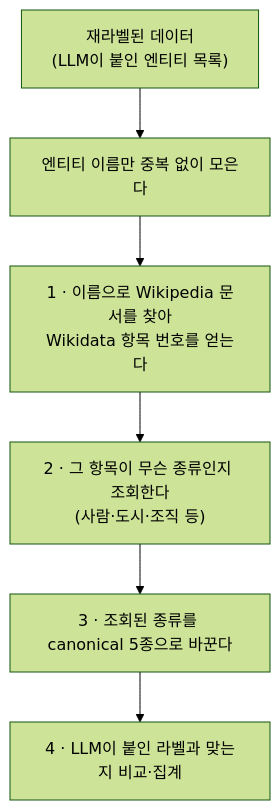
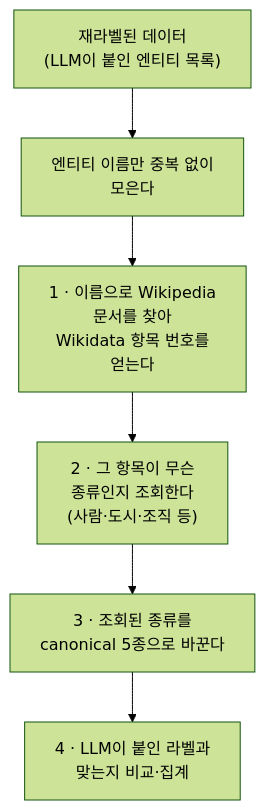
The second of 4 diagrams in docs/manual/pipeline/3-verification.md (groovallstar/ner-pipeline-public), drawn with Mermaid (forest theme) before and after one commit. The commit also changed other lines of this file and 7 other files, not shown here.

First line of the commit message:
docs: mermaid CJK 세로 잘림 해소 — 긴 라벨 줄바꿈

````diff
--- a/docs/manual/pipeline/3-verification.md
+++ b/docs/manual/pipeline/3-verification.md
@@ -62,8 +62,8 @@
 ```mermaid
 flowchart TD
-    A["재라벨된 데이터<br/>(LLM이 붙인 엔티티 목록)"] --> B["엔티티 이름만 중복 없이 모은다"]
-    B --> C["1 · 이름으로 Wikipedia 문서를 찾아<br/>Wikidata 항목 번호를 얻는다"]
-    C --> D["2 · 그 항목이 무슨 종류인지 조회한다<br/>(사람·도시·조직 등)"]
-    D --> E["3 · 조회된 종류를 canonical 5종으로 바꾼다"]
-    E --> F["4 · LLM이 붙인 라벨과 맞는지 비교·집계"]
+    A["재라벨된 데이터<br/>(LLM이 붙인 엔티티 목록)"] --> B["엔티티 이름만 중복 없이<br/>모은다"]
+    B --> C["1 · 이름으로 Wikipedia<br/>문서를 찾아<br/>Wikidata 항목 번호를<br/>얻는다"]
+    C --> D["2 · 그 항목이 무슨<br/>종류인지 조회한다<br/>(사람·도시·조직 등)"]
+    D --> E["3 · 조회된 종류를<br/>canonical 5종으로 바꾼다"]
+    E --> F["4 · LLM이 붙인 라벨과<br/>맞는지 비교·집계"]
 ```
````
